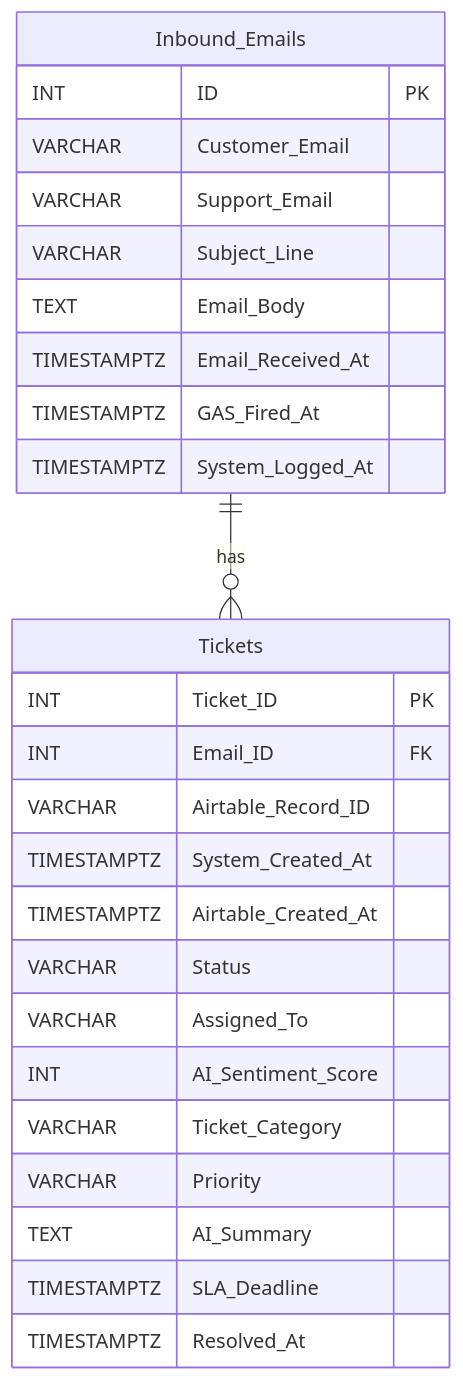
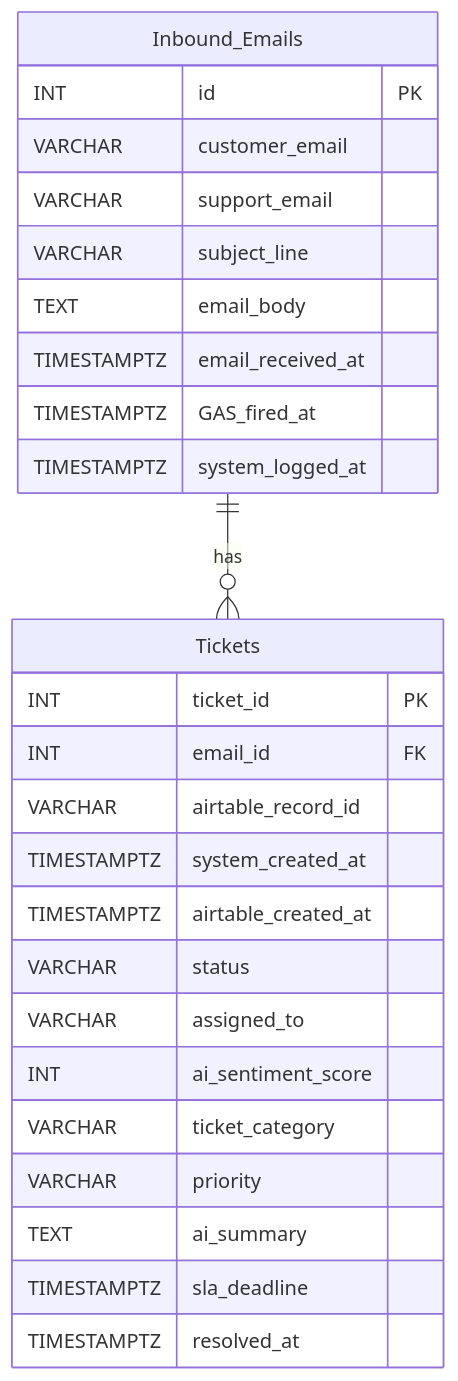
The diagram in README.md (manantshah/AutoTriage), drawn with Mermaid before and after one commit. The commit also changed other lines of this file, not shown here.

````diff
--- a/README.md
+++ b/README.md
@@ -26,31 +26,31 @@
 ```mermaid
 erDiagram
     Inbound_Emails ||--o{ Tickets : "has"
 
     Inbound_Emails {
-        INT ID PK
-        VARCHAR Customer_Email
-        VARCHAR Support_Email
-        VARCHAR Subject_Line
-        TEXT Email_Body
-        TIMESTAMPTZ Email_Received_At
-        TIMESTAMPTZ GAS_Fired_At
-        TIMESTAMPTZ System_Logged_At
+        INT id PK
+        VARCHAR customer_email
+        VARCHAR support_email
+        VARCHAR subject_line
+        TEXT email_body
+        TIMESTAMPTZ email_received_at
+        TIMESTAMPTZ GAS_fired_at
+        TIMESTAMPTZ system_logged_at
     }
 
     Tickets {
-        INT Ticket_ID PK
-        INT Email_ID FK
-        VARCHAR Airtable_Record_ID
-        TIMESTAMPTZ System_Created_At
-        TIMESTAMPTZ Airtable_Created_At
-        VARCHAR Status
-        VARCHAR Assigned_To
-        INT AI_Sentiment_Score
-        VARCHAR Ticket_Category
-        VARCHAR Priority
-        TEXT AI_Summary
-        TIMESTAMPTZ SLA_Deadline
-        TIMESTAMPTZ Resolved_At
+        INT ticket_id PK
+        INT email_id FK
+        VARCHAR airtable_record_id
+        TIMESTAMPTZ system_created_at
+        TIMESTAMPTZ airtable_created_at
+        VARCHAR status
+        VARCHAR assigned_to
+        INT ai_sentiment_score
+        VARCHAR ticket_category
+        VARCHAR priority
+        TEXT ai_summary
+        TIMESTAMPTZ sla_deadline
+        TIMESTAMPTZ resolved_at
     }
 ```
````
